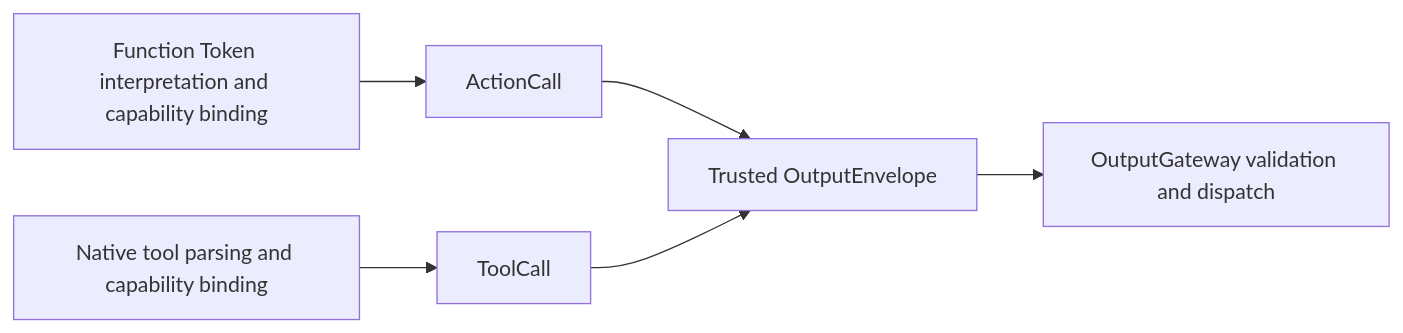
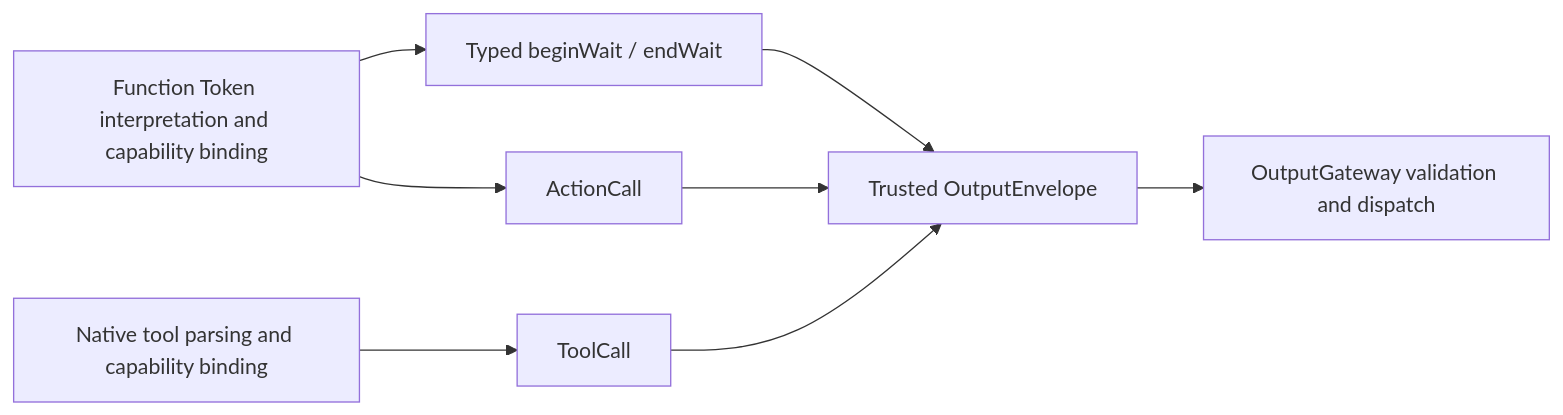
One commit to devilyouwei/MobileHarness changed the diagram in MobileHarness/AgentCore/Output/README.md. Above: the diagram before and after it, drawn with Mermaid. The commit also changed other lines of this file and 97 other files, not shown here.

````diff
--- a/MobileHarness/AgentCore/Output/README.md
+++ b/MobileHarness/AgentCore/Output/README.md
@@ -14,8 +14,10 @@
 ```mermaid
 flowchart LR
     Parser[Function Token interpretation and capability binding] --> ActionCall
     Native[Native tool parsing and capability binding] --> ToolCall
-    ActionCall --> Envelope[Trusted OutputEnvelope]
+    Parser --> Scheduling[Typed beginWait / endWait]
+    Scheduling --> Envelope[Trusted OutputEnvelope]
+    ActionCall --> Envelope
     ToolCall --> Envelope
     Envelope --> Gateway[OutputGateway validation and dispatch]
 ```
````
